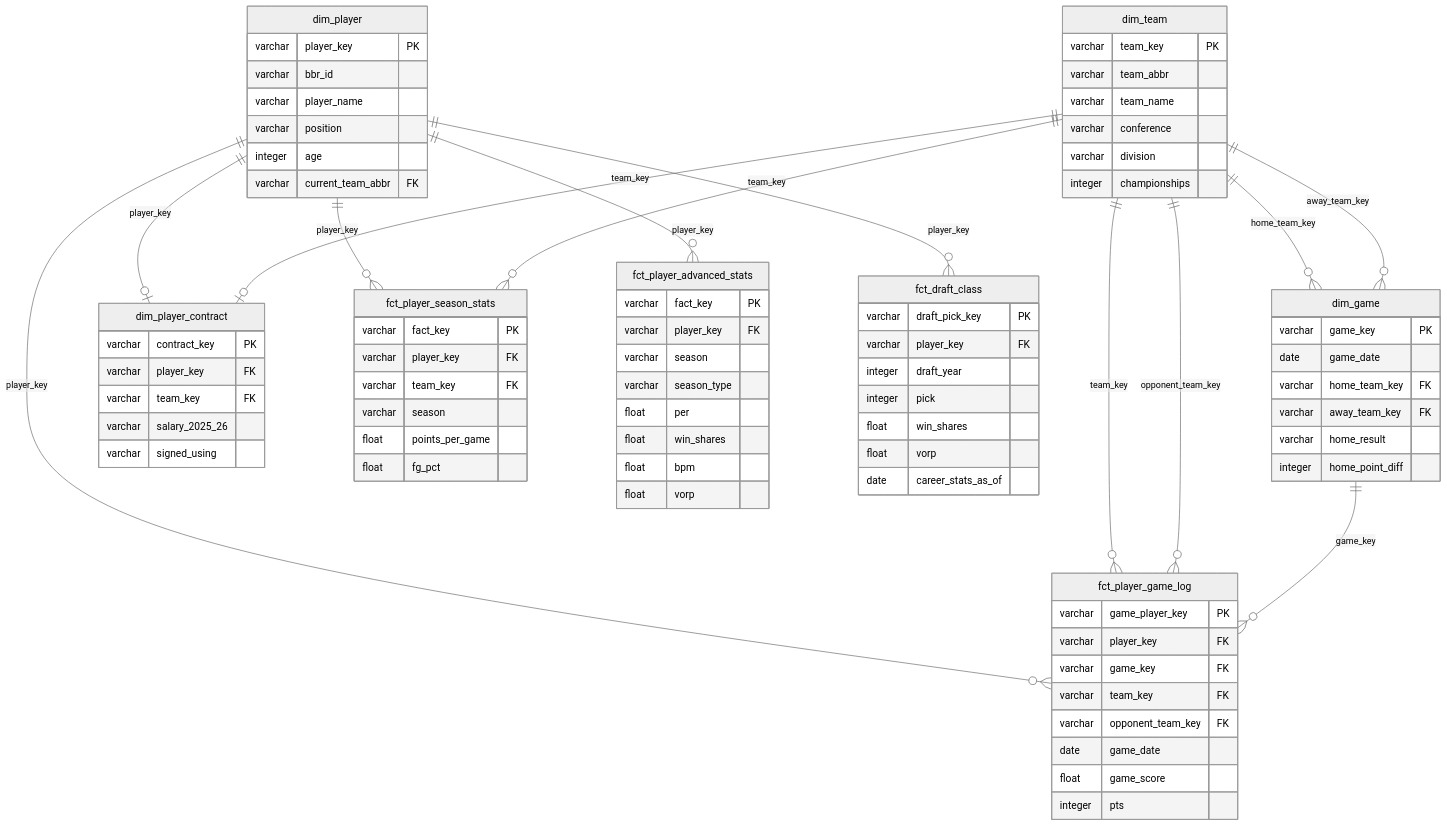
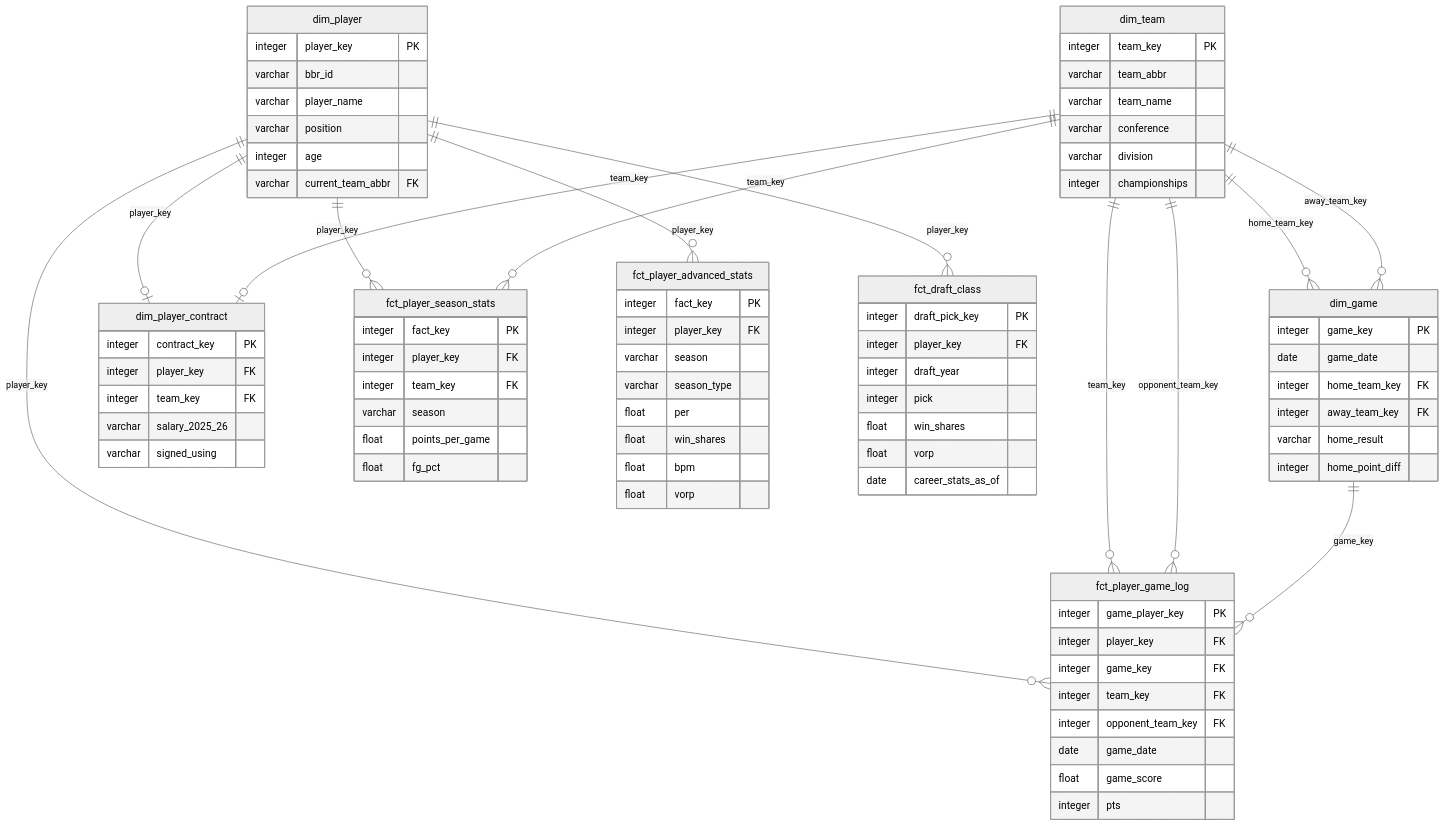
The diagram in README.md (henriquegilles/NBA_Analisys), drawn with Mermaid (neutral theme) before and after one commit. The commit also changed other lines of this file, not shown here.

Commit message:
Atualizado Readme

````diff
--- a/README.md
+++ b/README.md
@@ -294,7 +301,7 @@
 ```mermaid
 erDiagram
     dim_player {
-        varchar player_key PK
+        integer player_key PK
         varchar bbr_id
         varchar player_name
         varchar position
@@ -303,7 +310,7 @@
     }
 
     dim_team {
-        varchar team_key PK
+        integer team_key PK
         varchar team_abbr
         varchar team_name
         varchar conference
@@ -312,34 +319,34 @@
     }
 
     dim_game {
-        varchar game_key PK
+        integer game_key PK
         date    game_date
-        varchar home_team_key FK
-        varchar away_team_key FK
+        integer home_team_key FK
+        integer away_team_key FK
         varchar home_result
         integer home_point_diff
     }
 
     dim_player_contract {
-        varchar contract_key PK
-        varchar player_key   FK
-        varchar team_key     FK
+        integer contract_key PK
+        integer player_key   FK
+        integer team_key     FK
         varchar salary_2025_26
         varchar signed_using
     }
 
     fct_player_season_stats {
-        varchar fact_key    PK
-        varchar player_key  FK
-        varchar team_key    FK
+        integer fact_key    PK
+        integer player_key  FK
+        integer team_key    FK
         varchar season
         float   points_per_game
         float   fg_pct
     }
 
     fct_player_advanced_stats {
-        varchar fact_key    PK
-        varchar player_key  FK
+        integer fact_key    PK
+        integer player_key  FK
         varchar season
         varchar season_type
         float   per
@@ -349,19 +356,19 @@
     }
 
     fct_player_game_log {
-        varchar game_player_key PK
-        varchar player_key      FK
-        varchar game_key        FK
-        varchar team_key        FK
-        varchar opponent_team_key FK
+        integer game_player_key PK
+        integer player_key      FK
+        integer game_key        FK
+        integer team_key        FK
+        integer opponent_team_key FK
         date    game_date
         float   game_score
         integer pts
     }
 
     fct_draft_class {
-        varchar draft_pick_key PK
-        varchar player_key     FK
+        integer draft_pick_key PK
+        integer player_key     FK
         integer draft_year
         integer pick
         float   win_shares
````
